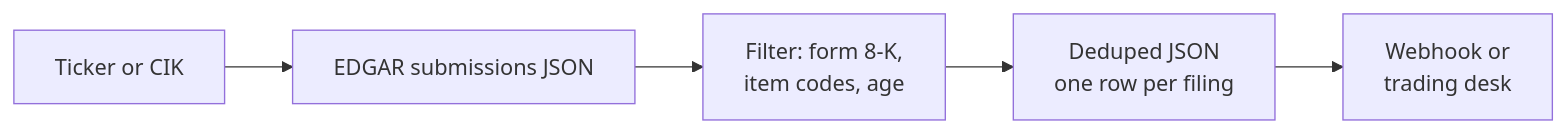
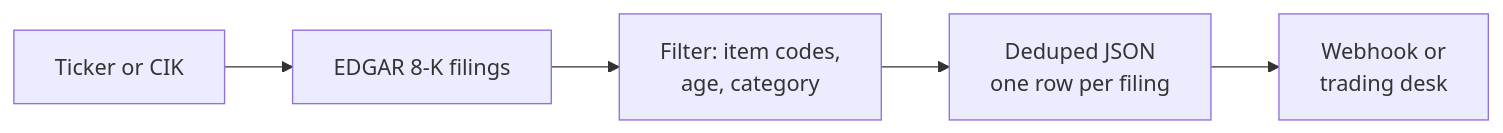
Before and after one commit to Ken-Mutisya/scrapemint: the first of 2 diagrams in actors/sec-8k-event-tracker/README.md, drawn with Mermaid. The commit also changed other lines of this file, not shown here.

````diff
--- a/actors/sec-8k-event-tracker/README.md
+++ b/actors/sec-8k-event-tracker/README.md
@@ -11,7 +11,7 @@
 ```mermaid
 flowchart LR
-    A[Ticker or CIK] --> B[EDGAR submissions JSON]
-    B --> C[Filter: form 8-K,<br/>item codes, age]
+    A[Ticker or CIK] --> B[EDGAR 8-K filings]
+    B --> C[Filter: item codes,<br/>age, category]
     C --> D[Deduped JSON<br/>one row per filing]
     D --> E[Webhook or<br/>trading desk]
 ```
````
